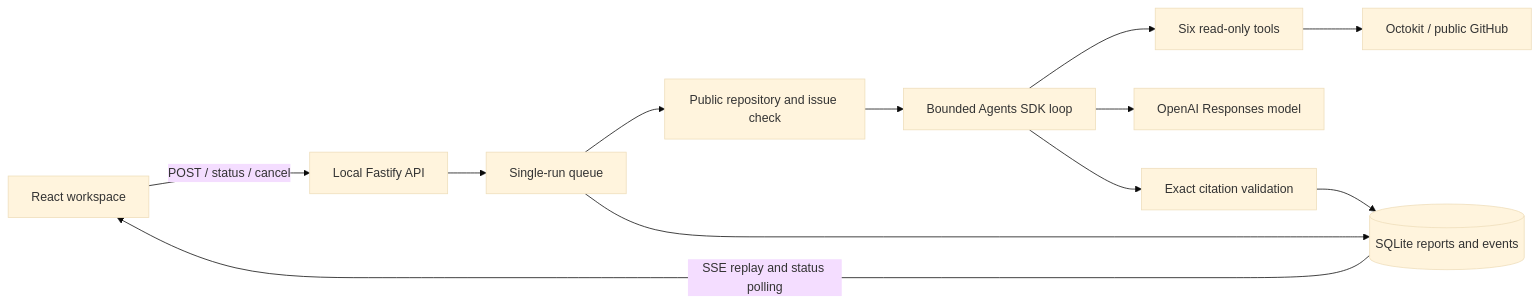
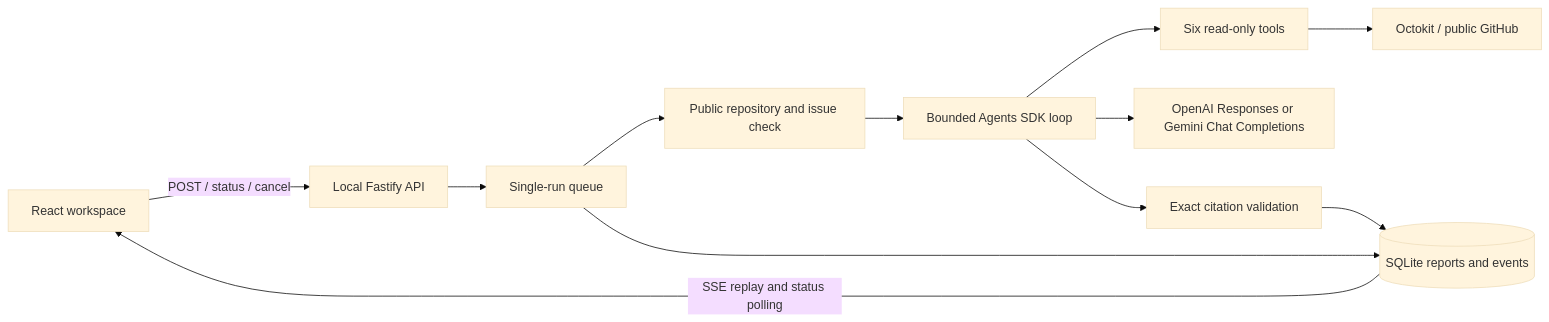
Before and after one commit to arthurcui/reposleuth-ai: the diagram in docs/architecture.md, drawn with Mermaid (base theme). The commit also changed other lines of this file and 19 other files, not shown here.

````diff
--- a/docs/architecture.md
+++ b/docs/architecture.md
@@ -3,14 +3,14 @@
 ```mermaid
 flowchart LR
   UI[React workspace] -->|POST / status / cancel| API[Local Fastify API]
   API --> Queue[Single-run queue]
   Queue --> Preflight[Public repository and issue check]
   Preflight --> Agent[Bounded Agents SDK loop]
   Agent --> Tools[Six read-only tools]
   Tools --> GitHub[Octokit / public GitHub]
-  Agent --> Model[OpenAI Responses model]
+  Agent --> Model[OpenAI Responses or Gemini Chat Completions]
   Agent --> Validator[Exact citation validation]
   Validator --> Store[(SQLite reports and events)]
   Queue --> Store
   Store -->|SSE replay and status polling| UI
 ```
````
